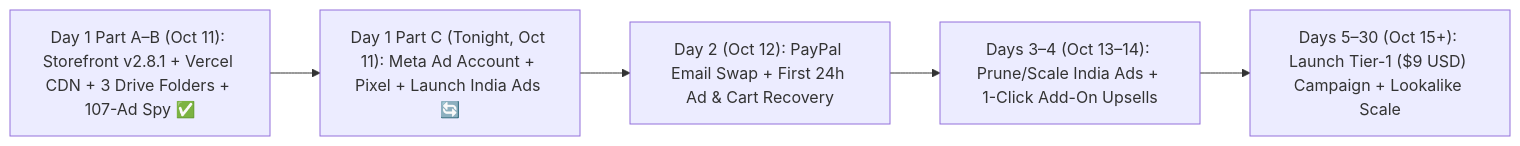
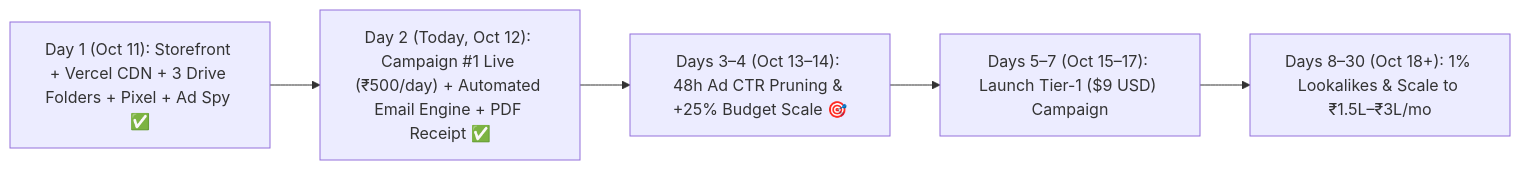
The diagram in docs/ROADMAP.md (wandringspirit/personalabs-academy), drawn with Mermaid before and after one commit. The commit also changed other lines of this file and 3 other files, not shown here.

Commit message:
docs: update operations manual, changelog, architecture, and roadmap for v2.9.0

````diff
--- a/docs/ROADMAP.md
+++ b/docs/ROADMAP.md
@@ -5,7 +5,7 @@
 ```mermaid
 flowchart LR
-    A["Day 1 Part A–B (Oct 11): Storefront v2.8.1 + Vercel CDN + 3 Drive Folders + 107-Ad Spy ✅"] --> B["Day 1 Part C (Tonight, Oct 11): Meta Ad Account + Pixel + Launch India Ads 🔄"]
-    B --> C["Day 2 (Oct 12): PayPal Email Swap + First 24h Ad & Cart Recovery"]
-    C --> D["Days 3–4 (Oct 13–14): Prune/Scale India Ads + 1-Click Add-On Upsells"]
-    D --> E["Days 5–30 (Oct 15+): Launch Tier-1 ($9 USD) Campaign + Lookalike Scale"]
+    A["Day 1 (Oct 11): Storefront + Vercel CDN + 3 Drive Folders + Pixel + Ad Spy ✅"] --> B["Day 2 (Today, Oct 12): Campaign #1 Live (₹500/day) + Automated Email Engine + PDF Receipt ✅"]
+    B --> C["Days 3–4 (Oct 13–14): 48h Ad CTR Pruning & +25% Budget Scale 🎯"]
+    C --> D["Days 5–7 (Oct 15–17): Launch Tier-1 ($9 USD) Campaign"]
+    D --> E["Days 8–30 (Oct 18+): 1% Lookalikes & Scale to ₹1.5L–₹3L/mo"]
 ```
````
